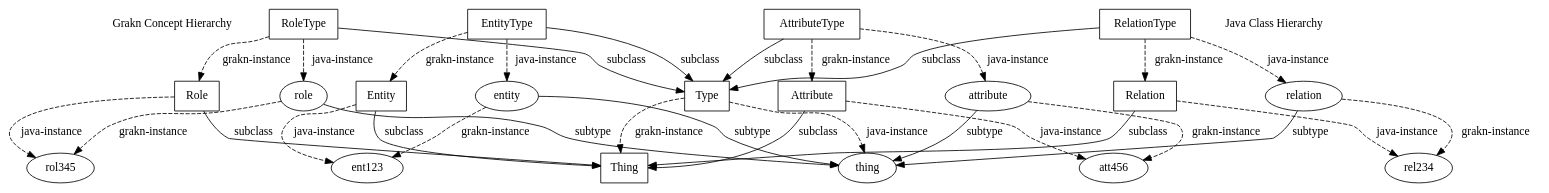
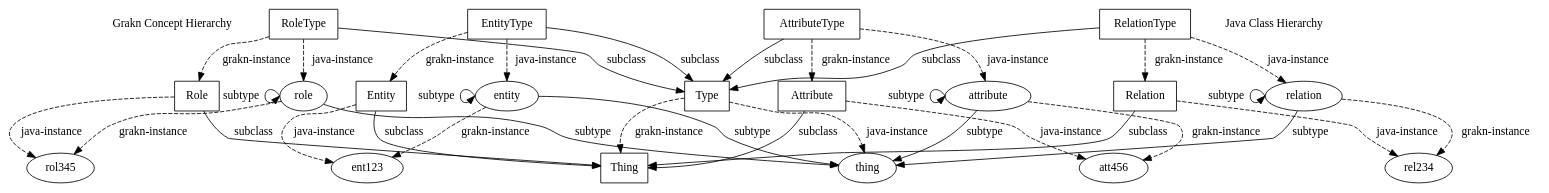
Before and after one commit to typedb/typedb: the diagram in diagrams/data-model.dot, drawn with Graphviz. The commit also changed 1 other file, not shown here.

Commit message:
Updated data-model diagram

```diff
--- a/diagrams/data-model.dot
+++ b/diagrams/data-model.dot
@@ -1,90 +1,94 @@
 digraph hypergraph {
     graph [splines = true]
 
     {
         GRAKN_HIERARCHY [shape = none, label = "Grakn Concept Hierarchy", pos = "3,7.25!"]
         node [shape = ellipse]
 
         {
             GRAKN_THING [label = "thing", pos = "3,6.5!"]
             GRAKN_ENTITY [label = "entity", pos = "0,4.0!"]
             GRAKN_RELATION [label = "relation", pos = "2,4.5!"]
             GRAKN_ROLE [label = "role", pos = "4,5!"]
             GRAKN_ATTRIBUTE [label = "attribute", pos = "6,5.5!"]
 
         }
         {
             GRAKN_ENT123 [label = "ent123", pos = "0,0!"]
             GRAKN_REL234 [label = "rel234", pos = "2,0.5!"]
             GRAKN_ROL345 [label = "rol345", pos = "4,1!"]
             GRAKN_ATT456 [label = "att456", pos = "6,1.5!"]
         }
 
         GRAKN_ENTITY -> GRAKN_THING [label = "subtype"]
+        GRAKN_ENTITY:w -> GRAKN_ENTITY:w [label = "subtype"]
         GRAKN_RELATION -> GRAKN_THING [label = "subtype"]
+        GRAKN_RELATION:w -> GRAKN_RELATION:w [label = "subtype"]
         GRAKN_ROLE -> GRAKN_THING [label = "subtype"]
+        GRAKN_ROLE:w -> GRAKN_ROLE:w [label = "subtype"]
         GRAKN_ATTRIBUTE -> GRAKN_THING [label = "subtype"]
+        GRAKN_ATTRIBUTE:w -> GRAKN_ATTRIBUTE:w [label = "subtype"]
 
         {
             edge [style = dashed]
             GRAKN_ENTITY -> GRAKN_ENT123 [label = "grakn-instance"]
             GRAKN_RELATION -> GRAKN_REL234 [label = "grakn-instance"]
             GRAKN_ROLE -> GRAKN_ROL345 [label = "grakn-instance"]
             GRAKN_ATTRIBUTE -> GRAKN_ATT456 [label = "grakn-instance"]
         }
     }
 
     {
         JAVA_HIERARCHY [shape = "none", label = "Java Class Hierarchy", pos = "11,7.25!"]
         node [shape = rectangle]
 
         {
             JAVA_TYPE [label = "Type", pos = "11,6.5!"]
             JAVA_ATTRIBUTE_TYPE [label = "AttributeType", pos = "8,5.5!"]
             JAVA_ROLE_TYPE [label = "RoleType", pos = "10,5!"]
             JAVA_RELATION_TYPE [label = "RelationType", pos = "12,4.5!"]
             JAVA_ENTITY_TYPE [label = "EntityType", pos = "14,4!"]
         }
         {
             JAVA_THING [label = "Thing", pos = "11,2.5!"]
             JAVA_ATTRIBUTE [label = "Attribute", pos = "8,1.5!"]
             JAVA_ROLE [label = "Role", pos = "10,1!"]
             JAVA_RELATION [label = "Relation", pos = "12,0.5!"]
             JAVA_ENTITY [label = "Entity", pos = "14,0!"]
         }
 
         JAVA_ENTITY_TYPE -> JAVA_TYPE [label = "subclass"]
         JAVA_RELATION_TYPE -> JAVA_TYPE [label = "subclass"]
         JAVA_ROLE_TYPE -> JAVA_TYPE [label = "subclass"]
         JAVA_ATTRIBUTE_TYPE -> JAVA_TYPE [label = "subclass"]
 
         JAVA_ENTITY -> JAVA_THING [label = "subclass"]
         JAVA_RELATION -> JAVA_THING [label = "subclass"]
         JAVA_ROLE -> JAVA_THING [label = "subclass"]
         JAVA_ATTRIBUTE -> JAVA_THING [label = "subclass"]
 
         {
             edge [style = dashed]
             JAVA_TYPE -> JAVA_THING [label = "grakn-instance"]
             JAVA_ENTITY_TYPE -> JAVA_ENTITY [label = "grakn-instance"]
             JAVA_RELATION_TYPE -> JAVA_RELATION [label = "grakn-instance"]
             JAVA_ROLE_TYPE -> JAVA_ROLE [label = "grakn-instance"]
             JAVA_ATTRIBUTE_TYPE -> JAVA_ATTRIBUTE [label = "grakn-instance"]
         }
     }
 
     {
         edge [style = dashed]
 
         JAVA_TYPE -> GRAKN_THING [label = "java-instance"]
         JAVA_ENTITY_TYPE -> GRAKN_ENTITY [label = "java-instance"]
         JAVA_RELATION_TYPE -> GRAKN_RELATION [label = "java-instance"]
         JAVA_ROLE_TYPE -> GRAKN_ROLE [label = "java-instance"]
         JAVA_ATTRIBUTE_TYPE -> GRAKN_ATTRIBUTE [label = "java-instance"]
 
         JAVA_ENTITY -> GRAKN_ENT123 [label = "java-instance"]
         JAVA_RELATION -> GRAKN_REL234 [label = "java-instance"]
         JAVA_ROLE -> GRAKN_ROL345 [label = "java-instance"]
         JAVA_ATTRIBUTE -> GRAKN_ATT456 [label = "java-instance"]
     }
 }
```
